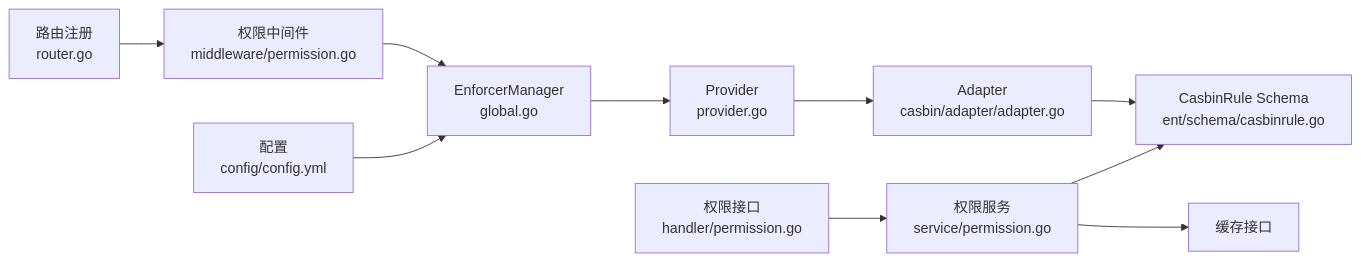
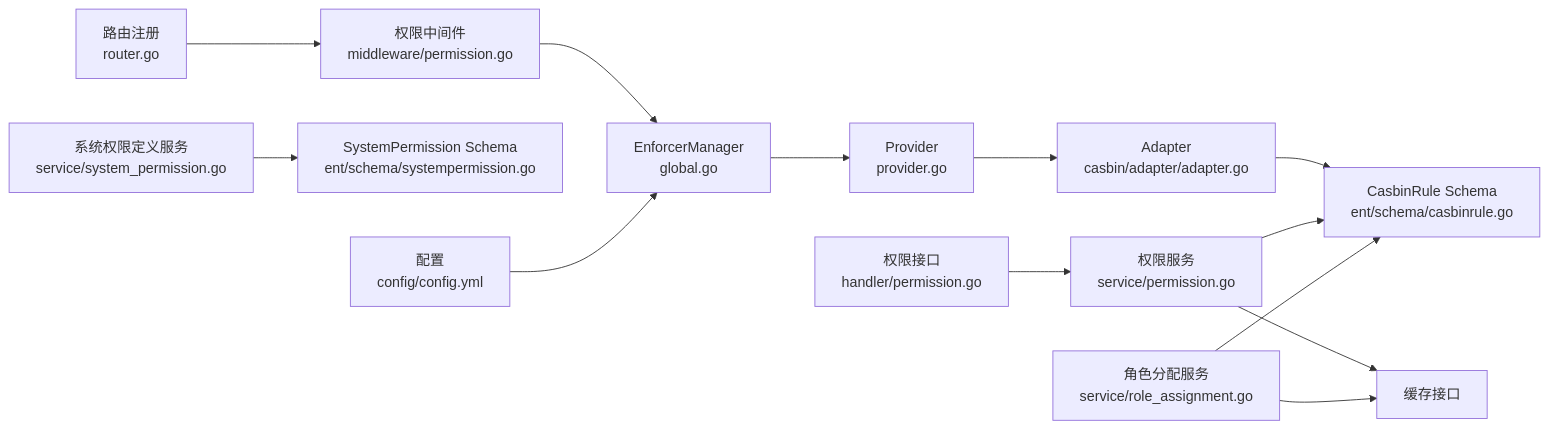
One commit to wuwuseo/e-sports-go-admin changed the sixth of 6 diagrams in .qoder/repowiki/zh/content/核心模块/权限控制模块.md. Above: the diagram before and after it, drawn with Mermaid. The commit also changed other lines of this file and 42 other files, not shown here.

````diff
--- a/.qoder/repowiki/zh/content/核心模块/权限控制模块.md
+++ b/.qoder/repowiki/zh/content/核心模块/权限控制模块.md
@@ -305,12 +366,15 @@
 ```mermaid
 graph LR
 MW["权限中间件<br/>middleware/permission.go"] --> EM["EnforcerManager<br/>global.go"]
 EM --> Prov["Provider<br/>provider.go"]
 Prov --> Adp["Adapter<br/>casbin/adapter/adapter.go"]
 Adp --> Ent["CasbinRule Schema<br/>ent/schema/casbinrule.go"]
 Svc["权限服务<br/>service/permission.go"] --> Ent
 Svc --> Cache["缓存接口"]
+SysPermSvc["系统权限定义服务<br/>service/system_permission.go"] --> SysPermEnt["SystemPermission Schema<br/>ent/schema/systempermission.go"]
+RoleAssignSvc["角色分配服务<br/>service/role_assignment.go"] --> Ent
+RoleAssignSvc --> Cache
 Handler["权限接口<br/>handler/permission.go"] --> Svc
 Router["路由注册<br/>router.go"] --> MW
 Config["配置<br/>config/config.yml"] --> EM
 ```
````
